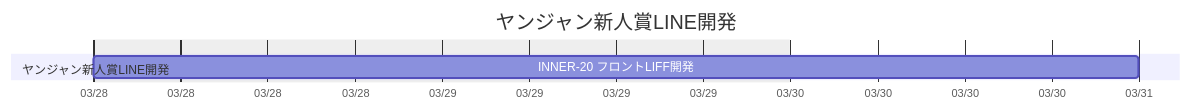
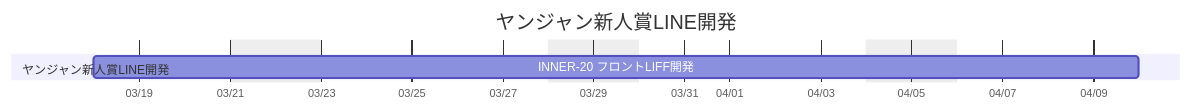
The third of 7 diagrams in スケジュール.md (yuma-morimoto/sonicmoov-docs), drawn with Mermaid before and after one commit. The commit also changed other lines of this file and 8 other files, not shown here.

````diff
--- a/スケジュール.md
+++ b/スケジュール.md
@@ -36,10 +38,10 @@
 ```mermaid
 gantt
     title ヤンジャン新人賞LINE開発
     dateFormat  YYYY-MM-DD
     axisFormat  %m/%d
     excludes    weekends
 
     section ヤンジャン新人賞LINE開発
-        INNER-20 フロントLIFF開発           :shu_liff, 2026-03-28, 2d
+        INNER-20 フロントLIFF開発           :shu_liff, 2026-03-18, 2026-04-10
 ```
````
